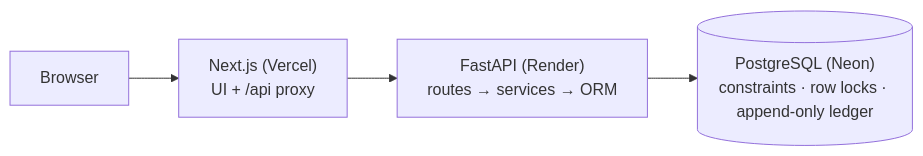
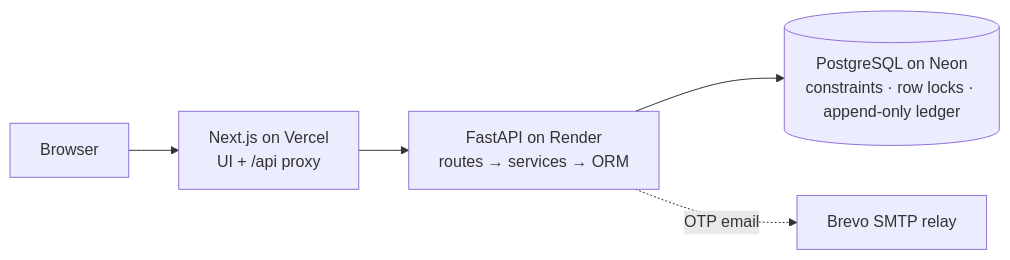
Before and after one commit to Harsha-code-per/StockSense: the diagram in README.md, drawn with Mermaid. The commit also changed other lines of this file and 6 other files, not shown here.

````diff
--- a/README.md
+++ b/README.md
@@ -80,6 +96,7 @@
 ```mermaid
 flowchart LR
-    U[Browser] --> N["Next.js (Vercel)<br/>UI + /api proxy"]
-    N --> F["FastAPI (Render)<br/>routes → services → ORM"]
-    F --> P[("PostgreSQL (Neon)<br/>constraints · row locks · append-only ledger")]
+    U[Browser] --> N["Next.js on Vercel<br/>UI + /api proxy"]
+    N --> F["FastAPI on Render<br/>routes → services → ORM"]
+    F --> P[("PostgreSQL on Neon<br/>constraints · row locks · append-only ledger")]
+    F -. OTP email .-> M[Brevo SMTP relay]
 ```
````
